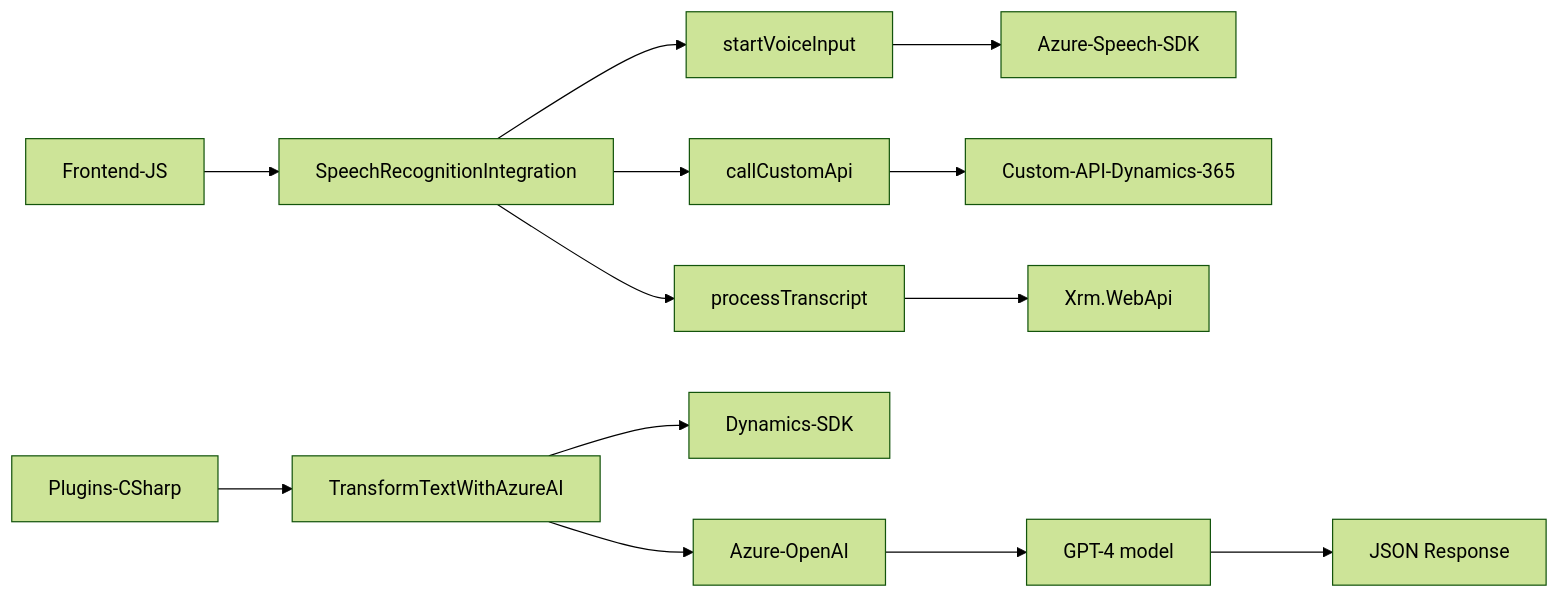
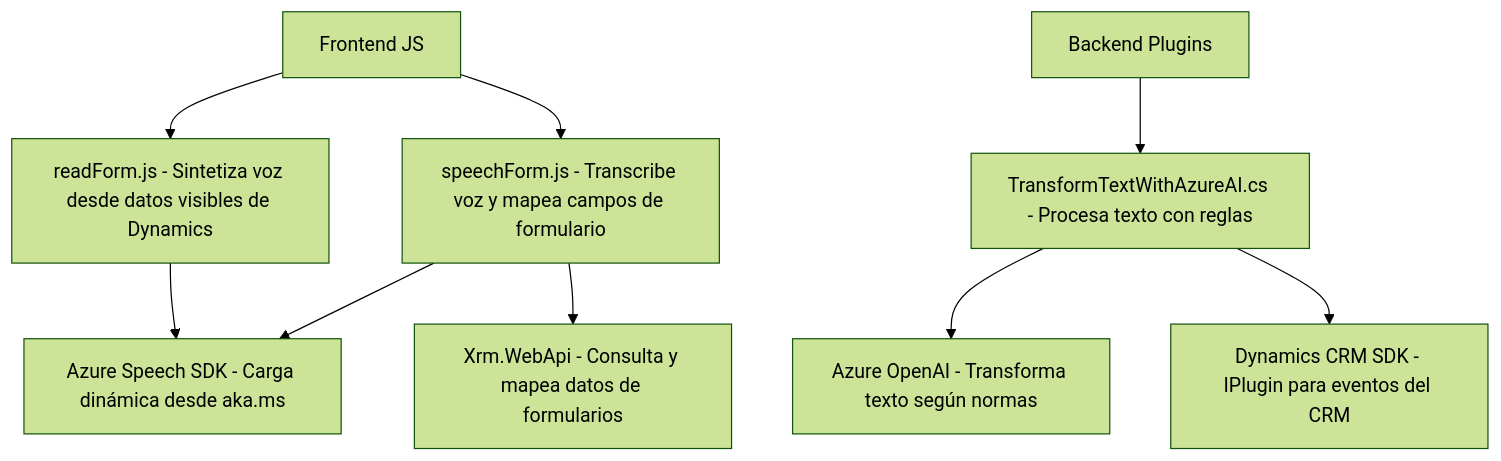
One commit to blopezdm/NETCORE_BILBAO2025 changed the diagram in README.md. Above: the diagram before and after it, drawn with Mermaid (forest theme). The commit also changed other lines of this file, not shown here.

Commit message:
Actualizar análisis global de la solución con IA

````diff
--- a/README.md
+++ b/README.md
@@ -33,15 +37,11 @@
 ```mermaid
-graph LR
-    A["Frontend-JS"] --> B["SpeechRecognitionIntegration"]
-    B --> C["startVoiceInput"]
-    B --> D["callCustomApi"]
-    B --> E["processTranscript"]
-    C --> F["Azure-Speech-SDK"]
-    D --> G["Custom-API-Dynamics-365"]
-    E --> H["Xrm.WebApi"]
-    I["Plugins-CSharp"] --> J["TransformTextWithAzureAI"]
-    J --> K["Dynamics-SDK"]
-    J --> L["Azure-OpenAI"]
-    L --> M["GPT-4 model"]
-    M --> N["JSON Response"]
+graph TD
+A["Frontend JS"] --> B["readForm.js - Sintetiza voz desde datos visibles de Dynamics"]
+A --> C["speechForm.js - Transcribe voz y mapea campos de formulario"]
+B --> D["Azure Speech SDK - Carga dinámica desde aka.ms"]
+C --> D
+C --> E["Xrm.WebApi - Consulta y mapea datos de formularios"]
+F["Backend Plugins"] --> G["TransformTextWithAzureAI.cs - Procesa texto con reglas"]
+G --> H["Azure OpenAI - Transforma texto según normas"]
+G --> I["Dynamics CRM SDK - IPlugin para eventos del CRM"]
 ```
````
